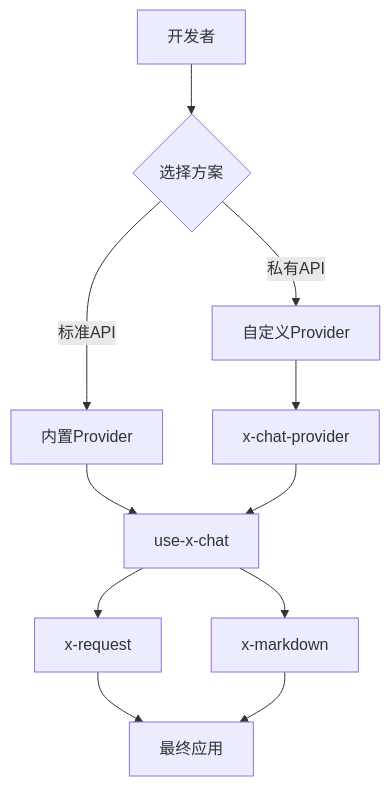
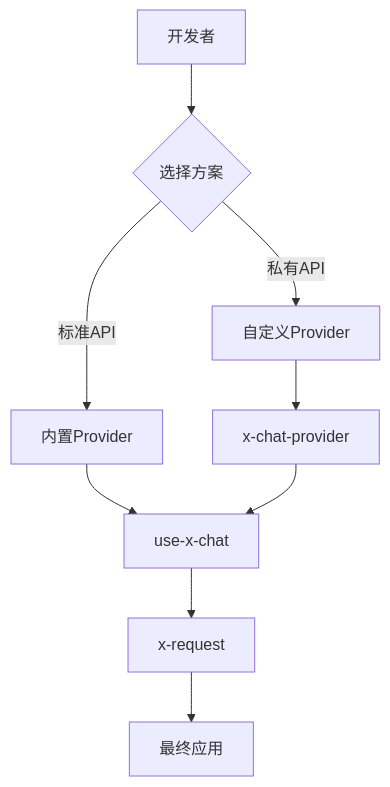
The fourth of 7 diagrams in packages/x-skill/skills-zh/x-chat-provider/SKILL.md (ant-design/x), drawn with Mermaid before and after one commit. The commit also changed other lines of this file and 5 other files, not shown here.

````diff
--- a/packages/x-skill/skills-zh/x-chat-provider/SKILL.md
+++ b/packages/x-skill/skills-zh/x-chat-provider/SKILL.md
@@ -358,16 +357,14 @@
 ```mermaid
 graph TD
     User[开发者] --> A{选择方案}
 
     A -->|标准API| B[内置Provider]
     A -->|私有API| C[自定义Provider]
 
     B --> D[use-x-chat]
     C --> E[x-chat-provider]
     E --> D
 
     D --> F[x-request]
-    D --> G[x-markdown]
-    F --> H[最终应用]
-    G --> H
+    F --> G[最终应用]
 ```
````
